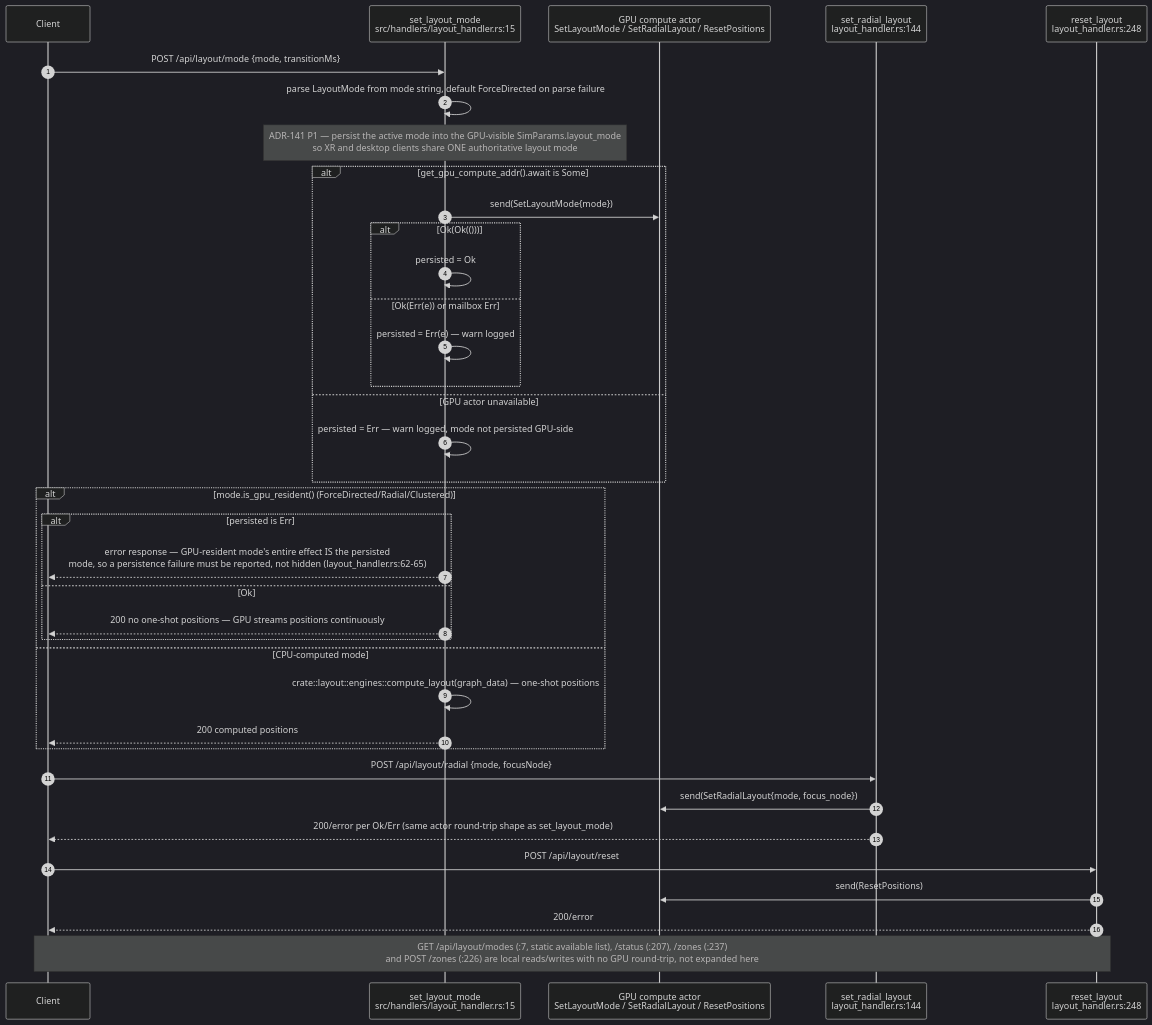
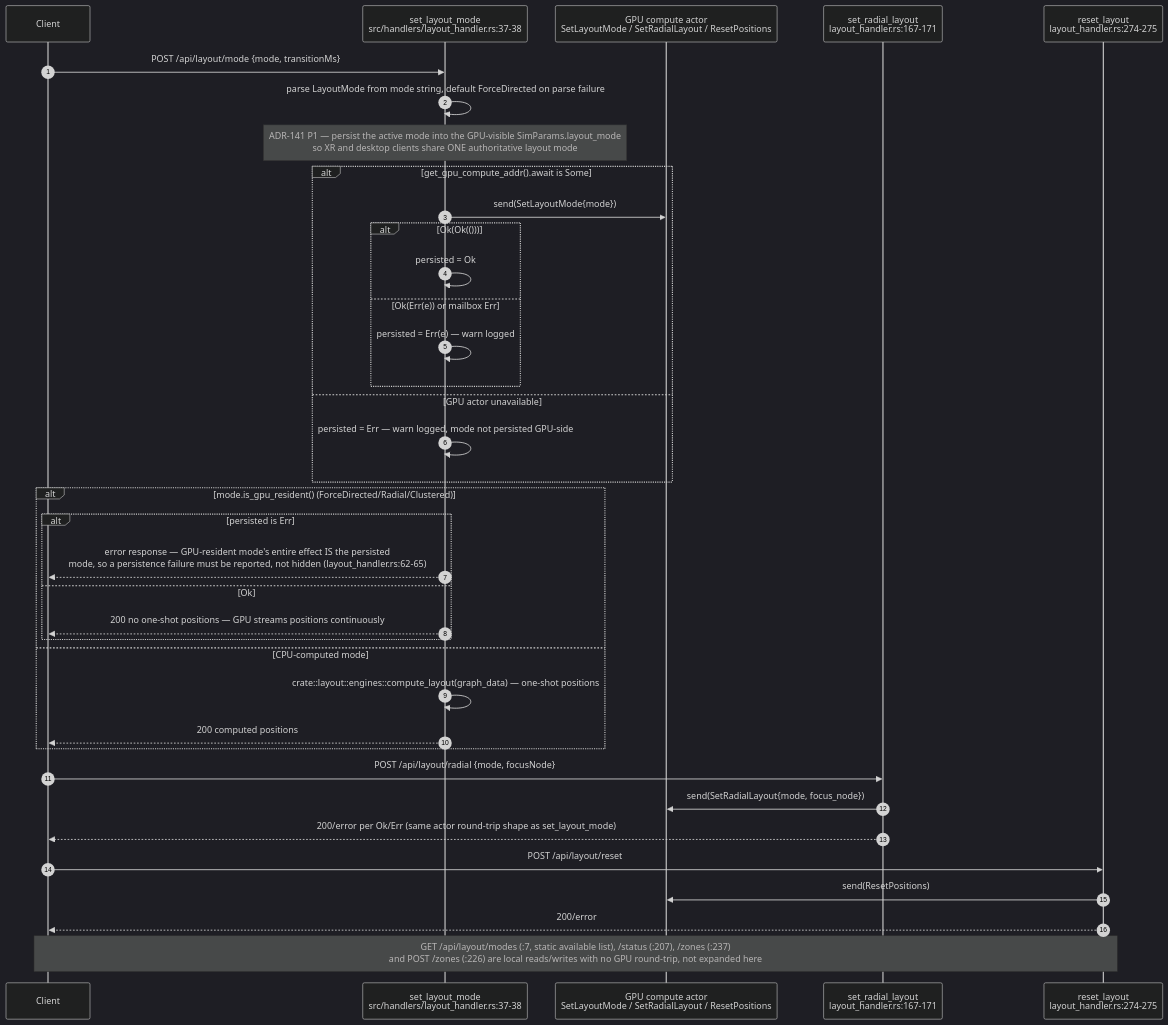
Before and after one commit to DreamLab-AI/AR-AI-Knowledge-Graph: diagram 12 of 29 in docs/diagrams/visionclaw/04-handlers-graph-and-state.md, drawn with Mermaid (dark theme). The commit also changed other lines of this file and 36 other files, not shown here.

````diff
--- a/docs/diagrams/visionclaw/04-handlers-graph-and-state.md
+++ b/docs/diagrams/visionclaw/04-handlers-graph-and-state.md
@@ -598,40 +598,40 @@
 ```mermaid
 sequenceDiagram
     autonumber
     participant C as Client
-    participant SM as set_layout_mode<br/>src/handlers/layout_handler.rs:15
+    participant SM as set_layout_mode<br/>src/handlers/layout_handler.rs:37-38
     participant GPU as GPU compute actor<br/>SetLayoutMode / SetRadialLayout / ResetPositions
-    participant RL as set_radial_layout<br/>layout_handler.rs:144
-    participant RS as reset_layout<br/>layout_handler.rs:248
+    participant RL as set_radial_layout<br/>layout_handler.rs:167-171
+    participant RS as reset_layout<br/>layout_handler.rs:274-275
 
     C->>SM: POST /api/layout/mode {mode, transitionMs}
     SM->>SM: parse LayoutMode from mode string, default ForceDirected on parse failure
     Note over SM: ADR-141 P1 — persist the active mode into the GPU-visible SimParams.layout_mode<br/>so XR and desktop clients share ONE authoritative layout mode
     alt get_gpu_compute_addr().await is Some
         SM->>GPU: send(SetLayoutMode{mode})
         alt Ok(Ok(()))
             SM->>SM: persisted = Ok
         else Ok(Err(e)) or mailbox Err
             SM->>SM: persisted = Err(e) — warn logged
         end
     else GPU actor unavailable
         SM->>SM: persisted = Err — warn logged, mode not persisted GPU-side
     end
     alt mode.is_gpu_resident() (ForceDirected/Radial/Clustered)
         alt persisted is Err
             SM-->>C: error response — GPU-resident mode's entire effect IS the persisted<br/>mode, so a persistence failure must be reported, not hidden (layout_handler.rs:62-65)
         else Ok
             SM-->>C: 200 no one-shot positions — GPU streams positions continuously
         end
     else CPU-computed mode
         SM->>SM: crate::layout::engines::compute_layout(graph_data) — one-shot positions
         SM-->>C: 200 computed positions
     end
     C->>RL: POST /api/layout/radial {mode, focusNode}
     RL->>GPU: send(SetRadialLayout{mode, focus_node})
     RL-->>C: 200/error per Ok/Err (same actor round-trip shape as set_layout_mode)
     C->>RS: POST /api/layout/reset
     RS->>GPU: send(ResetPositions)
     RS-->>C: 200/error
     Note over C,RS: GET /api/layout/modes (:7, static available list), /status (:207), /zones (:237)<br/>and POST /zones (:226) are local reads/writes with no GPU round-trip, not expanded here
 ```
````
